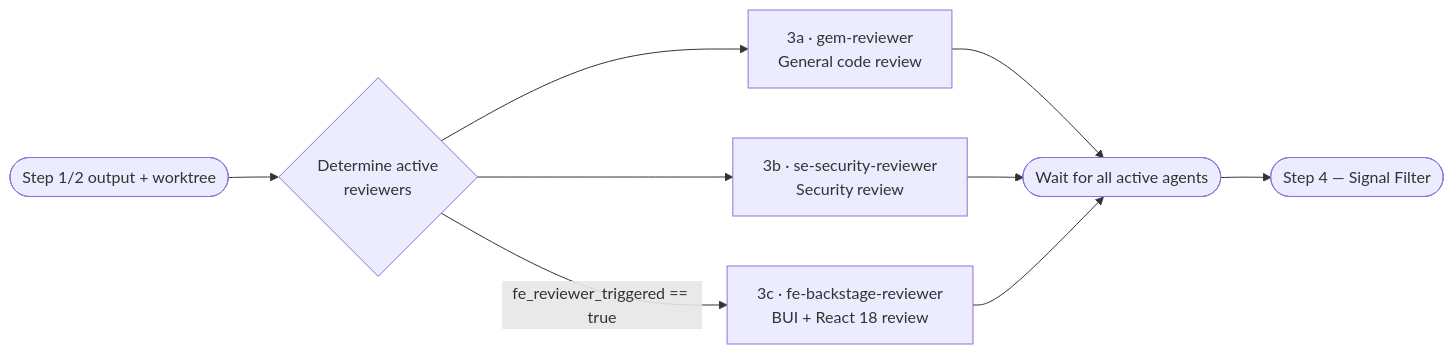
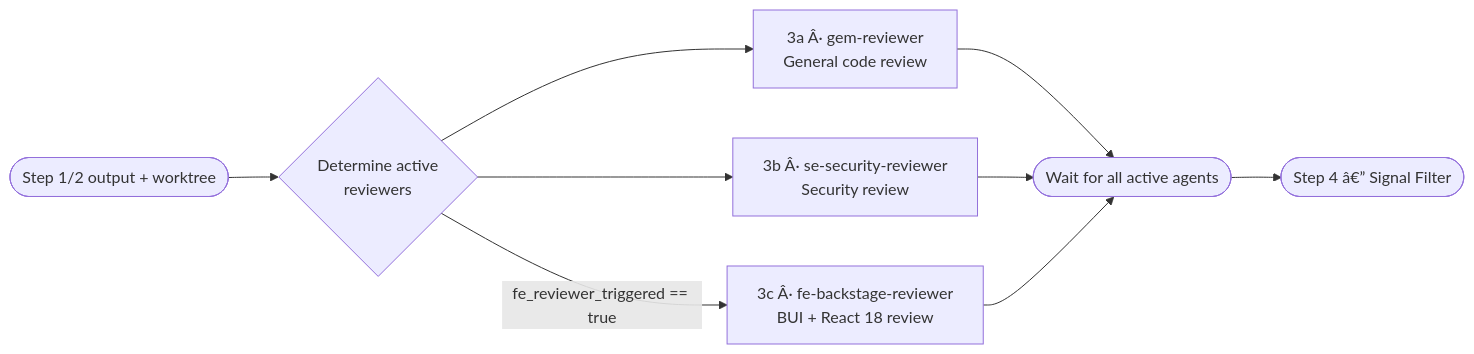
One commit to MrKimBao/dev-lifecycle-agents changed the diagram in ai-workspace/review-lifecycle/step-C-code-review.md. Above: the diagram before and after it, drawn with Mermaid. The commit also changed other lines of this file and 19 other files, not shown here.

````diff
--- a/ai-workspace/review-lifecycle/step-C-code-review.md
+++ b/ai-workspace/review-lifecycle/step-C-code-review.md
@@ -34,19 +34,19 @@
 ```mermaid
 flowchart LR
     IN([Step 1/2 output + worktree]) --> ROUTE
 
     ROUTE{Determine active\nreviewers}
     ROUTE --> C1
     ROUTE --> C2
     ROUTE -->|fe_reviewer_triggered == true| C3
 
-    C1["3a · gem-reviewer\nGeneral code review"]
-    C2["3b · se-security-reviewer\nSecurity review"]
-    C3["3c · fe-backstage-reviewer\nBUI + React 18 review"]
+    C1["3a Â· gem-reviewer\nGeneral code review"]
+    C2["3b Â· se-security-reviewer\nSecurity review"]
+    C3["3c Â· fe-backstage-reviewer\nBUI + React 18 review"]
 
     C1 --> WAIT
     C2 --> WAIT
     C3 --> WAIT
 
-    WAIT([Wait for all active agents]) --> OUT([Step 4 — Signal Filter])
+    WAIT([Wait for all active agents]) --> OUT([Step 4 â€” Signal Filter])
 ```
````
